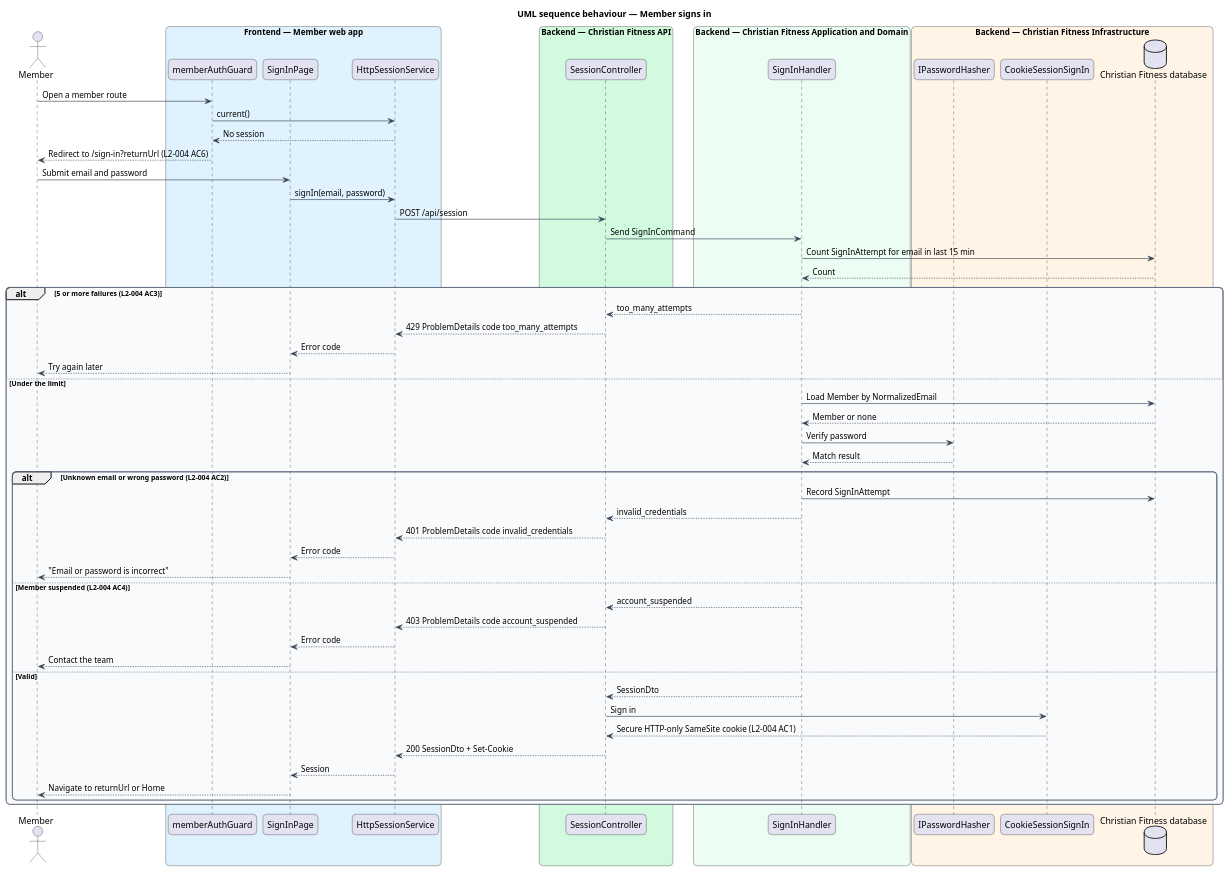
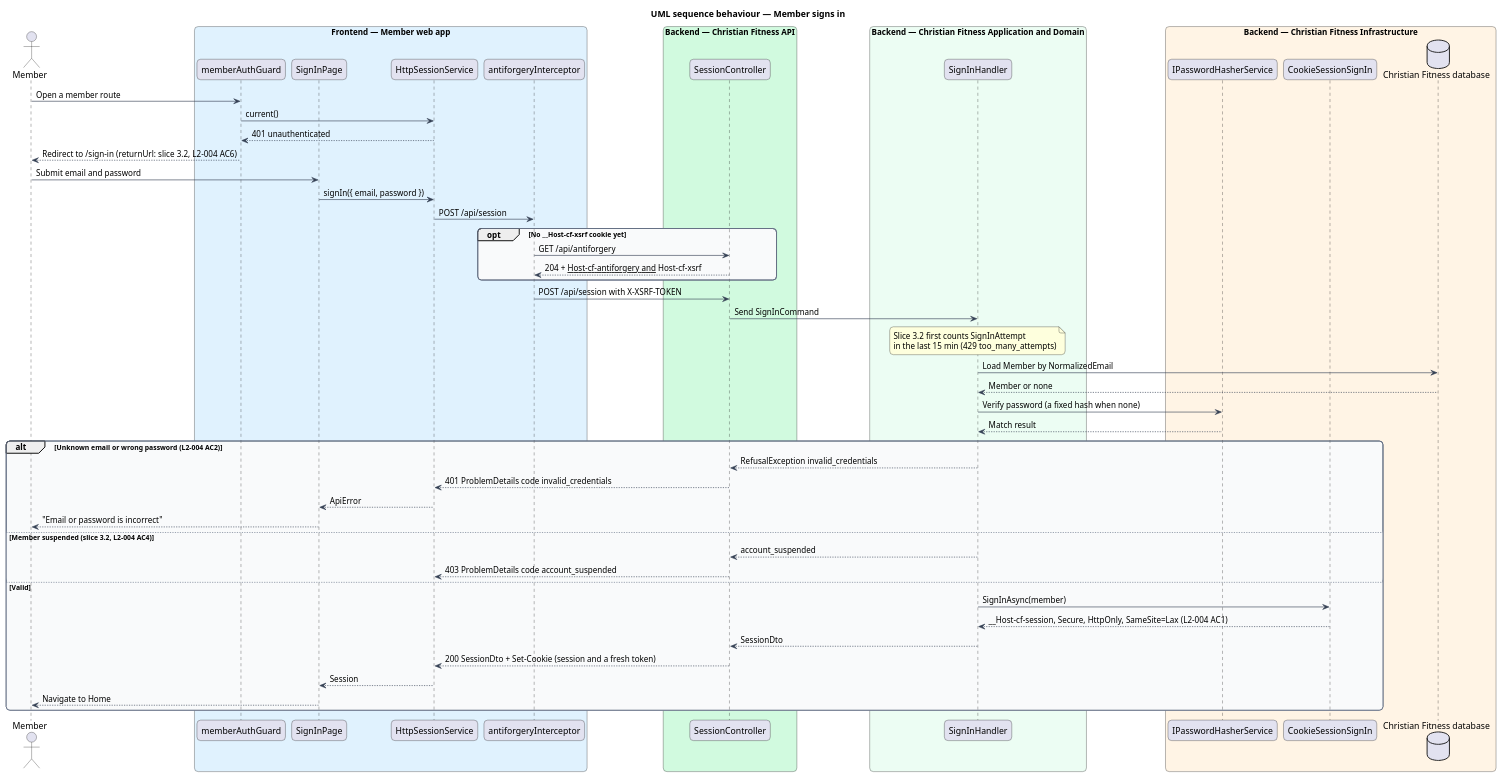
The diagram in docs/detailed-designs/member-access/sign-in-and-out/diagrams/sequence-sign-in.puml (QuinntyneBrown/christian-fitness), drawn with PlantUML before and after one commit. The commit also changed 94 other files, not shown here.

First line of the commit message:
Design slice 3.1: sign in and sign out

```diff
--- a/docs/detailed-designs/member-access/sign-in-and-out/diagrams/sequence-sign-in.puml
+++ b/docs/detailed-designs/member-access/sign-in-and-out/diagrams/sequence-sign-in.puml
@@ -1,74 +1,69 @@
 @startuml
 title UML sequence behaviour — Member signs in
 skinparam backgroundColor #FFFFFF
 skinparam shadowing false
 skinparam roundcorner 12
 skinparam defaultFontName Arial
 skinparam ArrowColor #344054
 skinparam rectangle {
   BorderColor #344054
   FontColor #101828
 }
 skinparam package {
   BorderColor #667085
   FontColor #101828
   BackgroundColor #F9FAFB
 }
 actor "Member" as actor
 box "Frontend — Member web app" #E0F2FE
   participant "memberAuthGuard" as guard
   participant "SignInPage" as page
   participant "HttpSessionService" as client
+  participant "antiforgeryInterceptor" as xsrf
 end box
 box "Backend — Christian Fitness API" #D1FADF
   participant "SessionController" as ctrl
 end box
 box "Backend — Christian Fitness Application and Domain" #ECFDF3
   participant "SignInHandler" as h
 end box
 box "Backend — Christian Fitness Infrastructure" #FFF4E5
-  participant "IPasswordHasher" as hash
+  participant "IPasswordHasherService" as hash
   participant "CookieSessionSignIn" as sess
   database "Christian Fitness database" as db
 end box
 actor -> guard : Open a member route
 guard -> client : current()
-client --> guard : No session
-guard --> actor : Redirect to /sign-in?returnUrl (L2-004 AC6)
+client --> guard : 401 unauthenticated
+guard --> actor : Redirect to /sign-in (returnUrl: slice 3.2, L2-004 AC6)
 actor -> page : Submit email and password
-page -> client : signIn(email, password)
-client -> ctrl : POST /api/session
+page -> client : signIn({ email, password })
+client -> xsrf : POST /api/session
+opt No __Host-cf-xsrf cookie yet
+  xsrf -> ctrl : GET /api/antiforgery
+  ctrl --> xsrf : 204 + __Host-cf-antiforgery and __Host-cf-xsrf
+end
+xsrf -> ctrl : POST /api/session with X-XSRF-TOKEN
 ctrl -> h : Send SignInCommand
-h -> db : Count SignInAttempt for email in last 15 min
-db --> h : Count
-alt 5 or more failures (L2-004 AC3)
-  h --> ctrl : too_many_attempts
-  ctrl --> client : 429 ProblemDetails code too_many_attempts
-  client --> page : Error code
-  page --> actor : Try again later
-else Under the limit
-  h -> db : Load Member by NormalizedEmail
-  db --> h : Member or none
-  h -> hash : Verify password
-  hash --> h : Match result
-  alt Unknown email or wrong password (L2-004 AC2)
-    h -> db : Record SignInAttempt
-    h --> ctrl : invalid_credentials
-    ctrl --> client : 401 ProblemDetails code invalid_credentials
-    client --> page : Error code
-    page --> actor : "Email or password is incorrect"
-  else Member suspended (L2-004 AC4)
-    h --> ctrl : account_suspended
-    ctrl --> client : 403 ProblemDetails code account_suspended
-    client --> page : Error code
-    page --> actor : Contact the team
-  else Valid
-    h --> ctrl : SessionDto
-    ctrl -> sess : Sign in
-    sess --> ctrl : Secure HTTP-only SameSite cookie (L2-004 AC1)
-    ctrl --> client : 200 SessionDto + Set-Cookie
-    client --> page : Session
-    page --> actor : Navigate to returnUrl or Home
-  end
+note over h : Slice 3.2 first counts SignInAttempt\nin the last 15 min (429 too_many_attempts)
+h -> db : Load Member by NormalizedEmail
+db --> h : Member or none
+h -> hash : Verify password (a fixed hash when none)
+hash --> h : Match result
+alt Unknown email or wrong password (L2-004 AC2)
+  h --> ctrl : RefusalException invalid_credentials
+  ctrl --> client : 401 ProblemDetails code invalid_credentials
+  client --> page : ApiError
+  page --> actor : "Email or password is incorrect"
+else Member suspended (slice 3.2, L2-004 AC4)
+  h --> ctrl : account_suspended
+  ctrl --> client : 403 ProblemDetails code account_suspended
+else Valid
+  h -> sess : SignInAsync(member)
+  sess --> h : __Host-cf-session, Secure, HttpOnly, SameSite=Lax (L2-004 AC1)
+  h --> ctrl : SessionDto
+  ctrl --> client : 200 SessionDto + Set-Cookie (session and a fresh token)
+  client --> page : Session
+  page --> actor : Navigate to Home
 end
 @enduml
```
